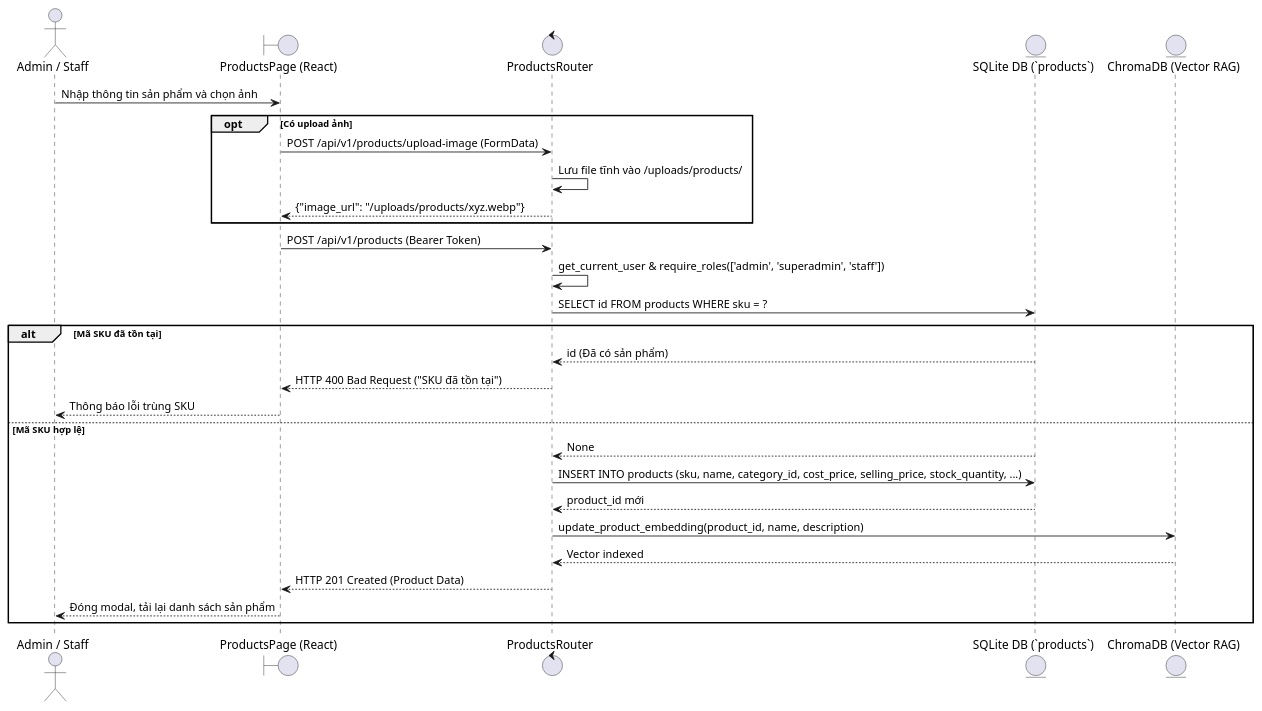
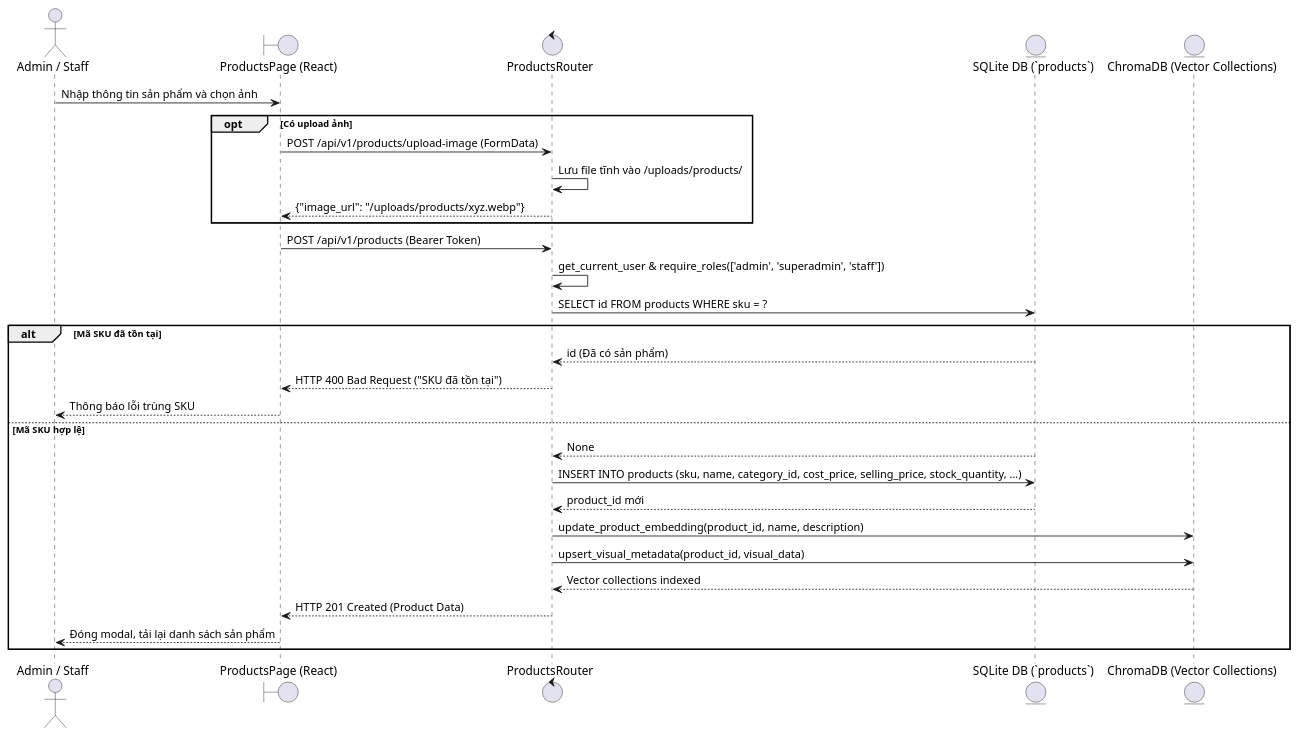
The diagram in docs/diagrams/UC004-product-sequence.puml (Leoth01O2/WebStoreAI), drawn with PlantUML before and after one commit. The commit also changed 41 other files, not shown here.

```diff
--- a/docs/diagrams/UC004-product-sequence.puml
+++ b/docs/diagrams/UC004-product-sequence.puml
@@ -1,35 +1,36 @@
 @startuml
 skinparam defaultFontName "Arial"
 skinparam shadowing false
 
 actor "Admin / Staff" as User
 boundary "ProductsPage (React)" as UI
 control "ProductsRouter" as Router
 entity "SQLite DB (`products`)" as DB
-entity "ChromaDB (Vector RAG)" as Chroma
+entity "ChromaDB (Vector Collections)" as Chroma
 
 User -> UI: Nhập thông tin sản phẩm và chọn ảnh
 opt Có upload ảnh
     UI -> Router: POST /api/v1/products/upload-image (FormData)
     Router -> Router: Lưu file tĩnh vào /uploads/products/
     Router --> UI: {"image_url": "/uploads/products/xyz.webp"}
 end
 
 UI -> Router: POST /api/v1/products (Bearer Token)
 Router -> Router: get_current_user & require_roles(['admin', 'superadmin', 'staff'])
 Router -> DB: SELECT id FROM products WHERE sku = ?
 
 alt Mã SKU đã tồn tại
     DB --> Router: id (Đã có sản phẩm)
     Router --> UI: HTTP 400 Bad Request ("SKU đã tồn tại")
     UI --> User: Thông báo lỗi trùng SKU
 else Mã SKU hợp lệ
     DB --> Router: None
     Router -> DB: INSERT INTO products (sku, name, category_id, cost_price, selling_price, stock_quantity, ...)
     DB --> Router: product_id mới
     Router -> Chroma: update_product_embedding(product_id, name, description)
-    Chroma --> Router: Vector indexed
+    Router -> Chroma: upsert_visual_metadata(product_id, visual_data)
+    Chroma --> Router: Vector collections indexed
     Router --> UI: HTTP 201 Created (Product Data)
     UI --> User: Đóng modal, tải lại danh sách sản phẩm
 end
 @enduml
```
